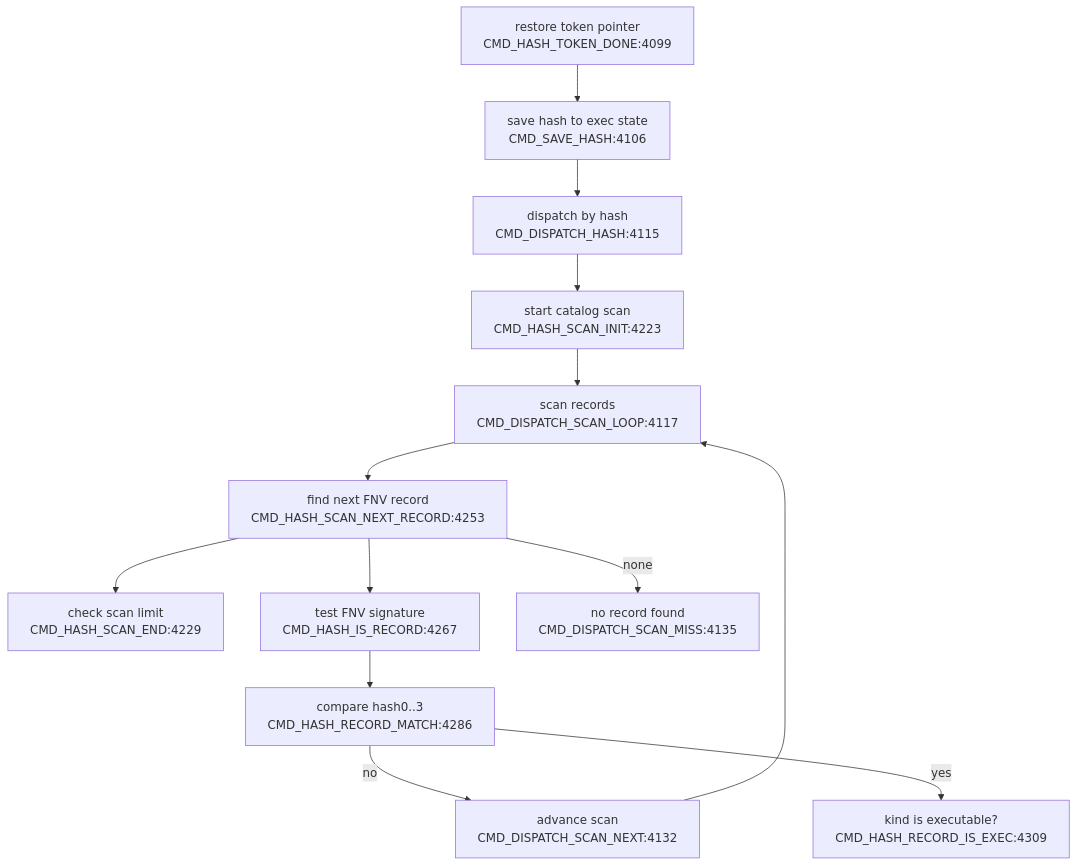
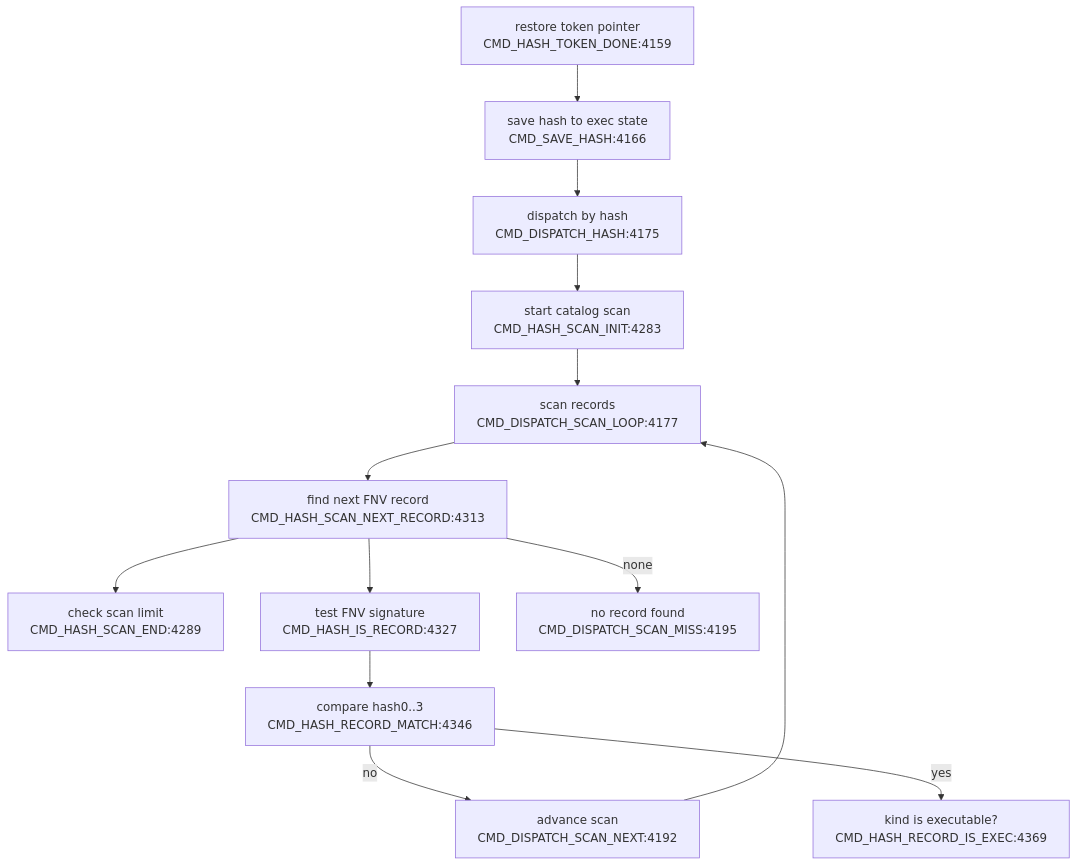
Before and after one commit to 95westus/R-YORS: the third of 4 diagrams in DOC/GENERATED/CMD_FLOW_MAP.md, drawn with Mermaid. The commit also changed other lines of this file and 42 other files, not shown here.

````diff
--- a/DOC/GENERATED/CMD_FLOW_MAP.md
+++ b/DOC/GENERATED/CMD_FLOW_MAP.md
@@ -40,15 +40,15 @@
 ```mermaid
 flowchart TD
-    DONE["restore token pointer<br/>CMD_HASH_TOKEN_DONE:4099"] --> SAVEHASH["save hash to exec state<br/>CMD_SAVE_HASH:4106"]
-    SAVEHASH --> DISPATCH["dispatch by hash<br/>CMD_DISPATCH_HASH:4115"]
-    DISPATCH --> SCANINIT["start catalog scan<br/>CMD_HASH_SCAN_INIT:4223"]
-    SCANINIT --> SCANLOOP["scan records<br/>CMD_DISPATCH_SCAN_LOOP:4117"]
-    SCANLOOP --> NEXTREC["find next FNV record<br/>CMD_HASH_SCAN_NEXT_RECORD:4253"]
-    NEXTREC --> ENDCHK["check scan limit<br/>CMD_HASH_SCAN_END:4229"]
-    NEXTREC --> ISREC["test FNV signature<br/>CMD_HASH_IS_RECORD:4267"]
-    NEXTREC -->|none| MISS["no record found<br/>CMD_DISPATCH_SCAN_MISS:4135"]
-    ISREC --> MATCH["compare hash0..3<br/>CMD_HASH_RECORD_MATCH:4286"]
-    MATCH -->|no| ADV["advance scan<br/>CMD_DISPATCH_SCAN_NEXT:4132"]
+    DONE["restore token pointer<br/>CMD_HASH_TOKEN_DONE:4159"] --> SAVEHASH["save hash to exec state<br/>CMD_SAVE_HASH:4166"]
+    SAVEHASH --> DISPATCH["dispatch by hash<br/>CMD_DISPATCH_HASH:4175"]
+    DISPATCH --> SCANINIT["start catalog scan<br/>CMD_HASH_SCAN_INIT:4283"]
+    SCANINIT --> SCANLOOP["scan records<br/>CMD_DISPATCH_SCAN_LOOP:4177"]
+    SCANLOOP --> NEXTREC["find next FNV record<br/>CMD_HASH_SCAN_NEXT_RECORD:4313"]
+    NEXTREC --> ENDCHK["check scan limit<br/>CMD_HASH_SCAN_END:4289"]
+    NEXTREC --> ISREC["test FNV signature<br/>CMD_HASH_IS_RECORD:4327"]
+    NEXTREC -->|none| MISS["no record found<br/>CMD_DISPATCH_SCAN_MISS:4195"]
+    ISREC --> MATCH["compare hash0..3<br/>CMD_HASH_RECORD_MATCH:4346"]
+    MATCH -->|no| ADV["advance scan<br/>CMD_DISPATCH_SCAN_NEXT:4192"]
     ADV --> SCANLOOP
-    MATCH -->|yes| EXECOK["kind is executable?<br/>CMD_HASH_RECORD_IS_EXEC:4309"]
+    MATCH -->|yes| EXECOK["kind is executable?<br/>CMD_HASH_RECORD_IS_EXEC:4369"]
 ```
````
